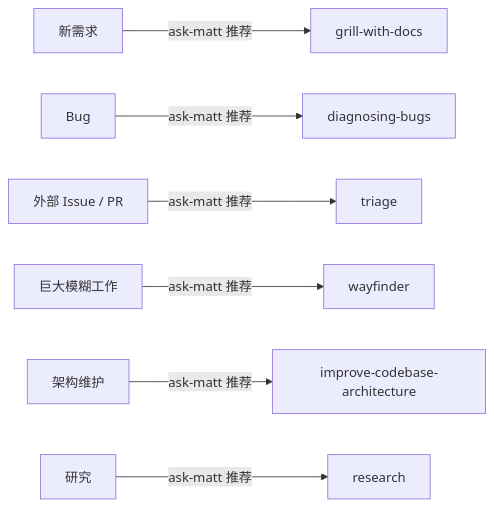
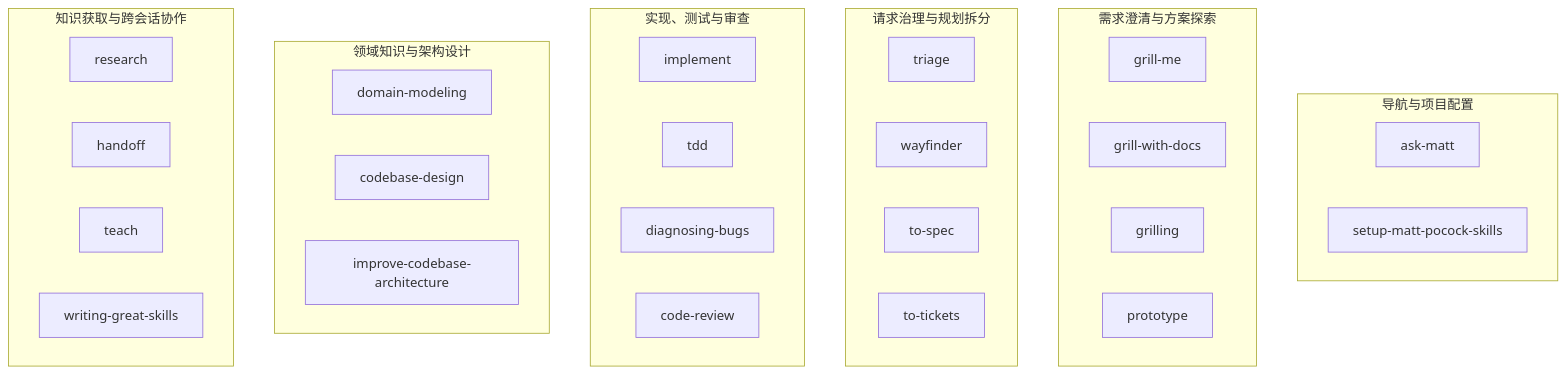
Before and after one commit to kangapp/ai-knowledge-base: the first of 5 diagrams in docs/analysis/mattpocock-skills/skills-workflow-diagram.md, drawn with Mermaid. The commit also changed other lines of this file, not shown here.

Commit message:
docs: redraw skills and artifact relationships

````diff
--- a/docs/analysis/mattpocock-skills/skills-workflow-diagram.md
+++ b/docs/analysis/mattpocock-skills/skills-workflow-diagram.md
@@ -9,9 +9,41 @@
 ```mermaid
-flowchart LR
-    New["新需求"] -->|"ask-matt 推荐"| Grill["grill-with-docs"]
-    Bug["Bug"] -->|"ask-matt 推荐"| Diagnose["diagnosing-bugs"]
-    External["外部 Issue / PR"] -->|"ask-matt 推荐"| Triage["triage"]
-    Huge["巨大模糊工作"] -->|"ask-matt 推荐"| Wayfinder["wayfinder"]
-    Architecture["架构维护"] -->|"ask-matt 推荐"| Improve["improve-codebase-architecture"]
-    Study["研究"] -->|"ask-matt 推荐"| Research["research"]
+flowchart TB
+    subgraph Navigation["导航与项目配置"]
+        AskMatt["ask-matt"]
+        Setup["setup-matt-pocock-skills"]
+    end
+
+    subgraph Discovery["需求澄清与方案探索"]
+        GrillMe["grill-me"]
+        GrillDocs["grill-with-docs"]
+        Grilling["grilling"]
+        Prototype["prototype"]
+    end
+
+    subgraph Governance["请求治理与规划拆分"]
+        Triage["triage"]
+        Wayfinder["wayfinder"]
+        ToSpec["to-spec"]
+        ToTickets["to-tickets"]
+    end
+
+    subgraph Delivery["实现、测试与审查"]
+        Implement["implement"]
+        TDD["tdd"]
+        Diagnose["diagnosing-bugs"]
+        Review["code-review"]
+    end
+
+    subgraph Architecture["领域知识与架构设计"]
+        Domain["domain-modeling"]
+        Design["codebase-design"]
+        Improve["improve-codebase-architecture"]
+    end
+
+    subgraph Knowledge["知识获取与跨会话协作"]
+        Research["research"]
+        Handoff["handoff"]
+        Teach["teach"]
+        WriteSkills["writing-great-skills"]
+    end
 ```
````
